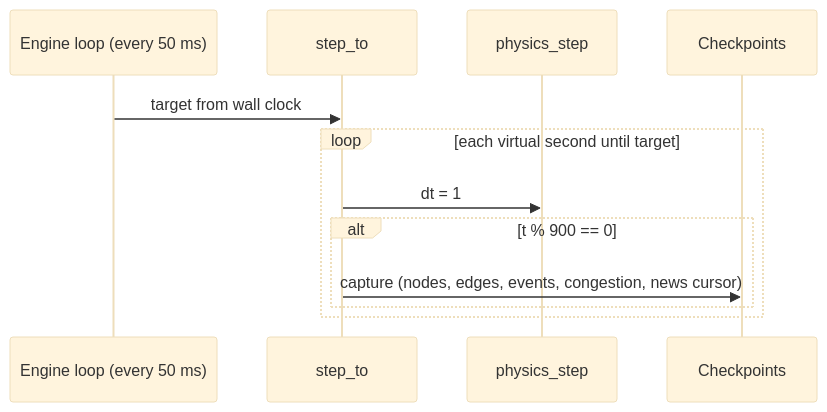
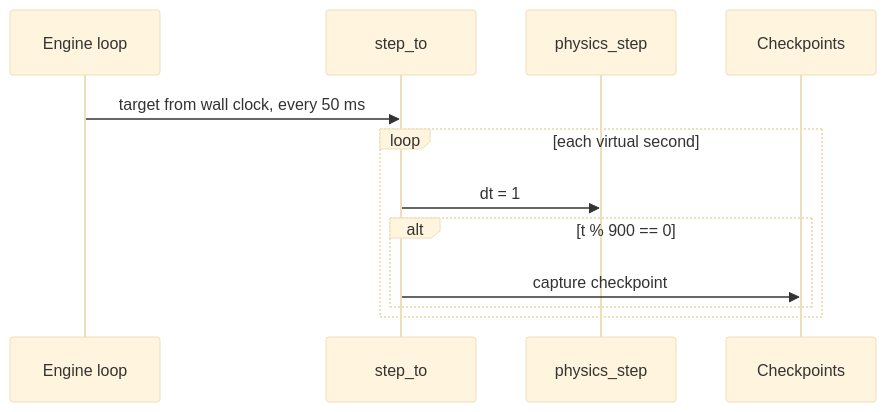
Before and after one commit to varunkarthic/DSTNS: the diagram in docs/components/playback-engine.md, drawn with Mermaid (base theme). The commit also changed 6 other files, not shown here.

First line of the commit message:
docs: replace text-box diagrams with Mermaid; untangle the lifecycle, ladder and sequence diagrams

````diff
--- a/docs/components/playback-engine.md
+++ b/docs/components/playback-engine.md
@@ -28,14 +28,14 @@
 ```mermaid
 sequenceDiagram
-    participant L as Engine loop (every 50 ms)
+    participant L as Engine loop
     participant E as step_to
     participant P as physics_step
     participant C as Checkpoints
-    L->>E: target from wall clock
-    loop each virtual second until target
+    L->>E: target from wall clock, every 50 ms
+    loop each virtual second
         E->>P: dt = 1
         alt t % 900 == 0
-            E->>C: capture (nodes, edges, events, congestion, news cursor)
+            E->>C: capture checkpoint
         end
     end
 ```
````
